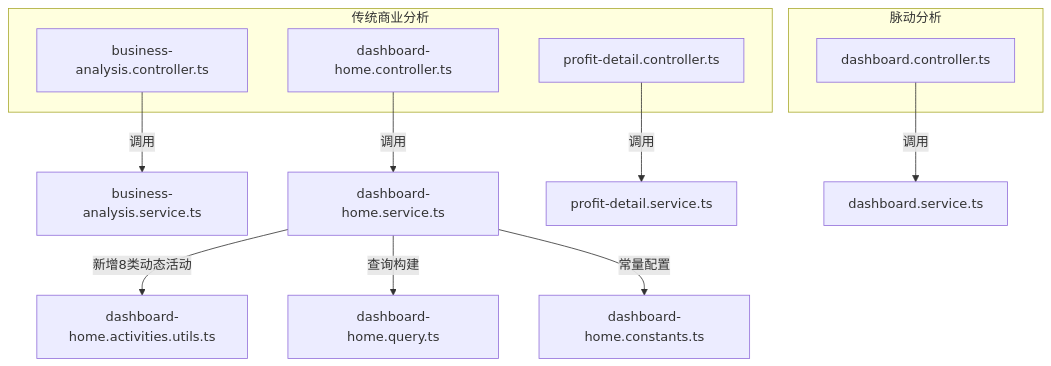
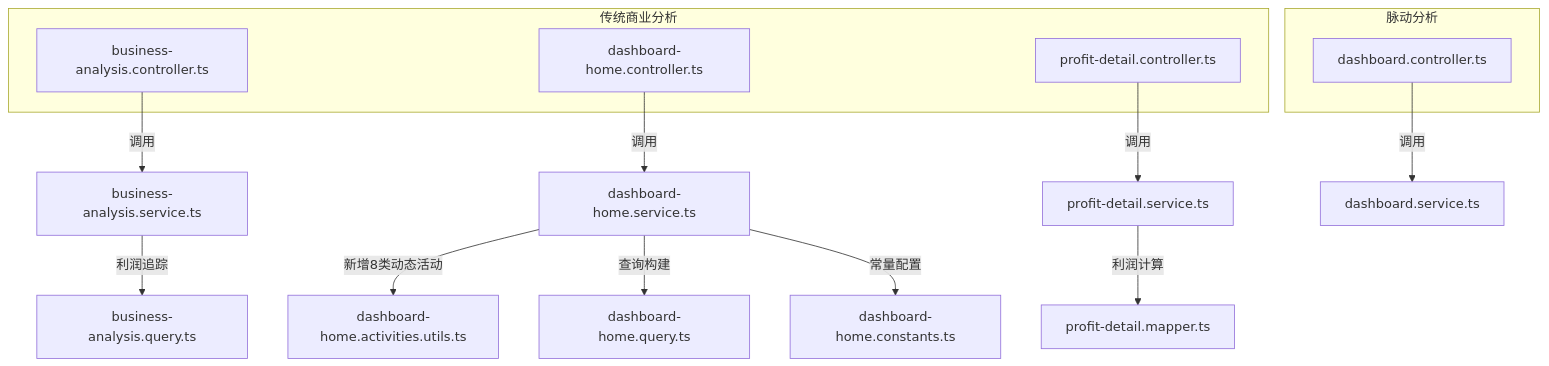
Before and after one commit to rc558620/purelyprofit-server: the first of 7 diagrams in .qoder/repowiki/zh/content/API 接口文档/仪表板分析接口.md, drawn with Mermaid. The commit also changed other lines of this file and 68 other files, not shown here.

````diff
--- a/.qoder/repowiki/zh/content/API 接口文档/仪表板分析接口.md
+++ b/.qoder/repowiki/zh/content/API 接口文档/仪表板分析接口.md
@@ -65,18 +73,20 @@
 ```mermaid
 graph TB
 subgraph "传统商业分析"
 BA["business-analysis.controller.ts"]
 DH["dashboard-home.controller.ts"]
 PD["profit-detail.controller.ts"]
 end
 subgraph "脉动分析"
 PDC["dashboard.controller.ts"]
 end
 BA --> |"调用"| BA_SVC["business-analysis.service.ts"]
 DH --> |"调用"| DH_SVC["dashboard-home.service.ts"]
 PD --> |"调用"| PD_SVC["profit-detail.service.ts"]
 PDC --> |"调用"| PDC_SVC["dashboard.service.ts"]
 DH_SVC --> |"新增8类动态活动"| ACT_UTILS["dashboard-home.activities.utils.ts"]
 DH_SVC --> |"查询构建"| DH_Q["dashboard-home.query.ts"]
 DH_SVC --> |"常量配置"| DH_CONST["dashboard-home.constants.ts"]
+PD_SVC --> |"利润计算"| PD_MAPPER["profit-detail.mapper.ts"]
+BA_SVC --> |"利润追踪"| BA_QUERY["business-analysis.query.ts"]
 ```
````
